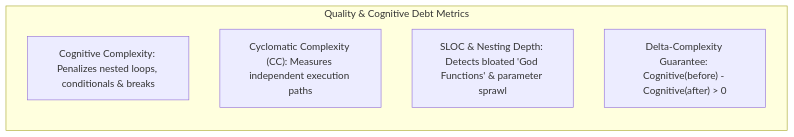
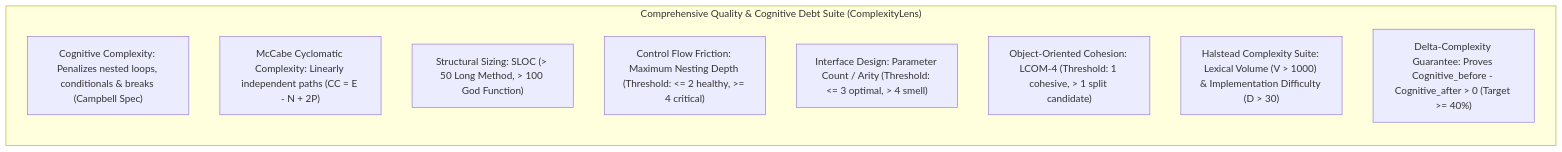
The first of 4 diagrams in 01_project_proposals/02_Competitor_Analysis_And_Datasets_Report.md (Fool-Penguin/Senior-Project), drawn with Mermaid before and after one commit. The commit also changed other lines of this file, not shown here.

````diff
--- a/01_project_proposals/02_Competitor_Analysis_And_Datasets_Report.md
+++ b/01_project_proposals/02_Competitor_Analysis_And_Datasets_Report.md
@@ -35,10 +35,14 @@
 ```mermaid
 flowchart TD
-    subgraph QualityMetrics ["Quality & Cognitive Debt Metrics"]
+    subgraph QualityMetrics ["Comprehensive Quality & Cognitive Debt Suite (ComplexityLens)"]
         direction TB
-        M1["Cognitive Complexity: Penalizes nested loops, conditionals & breaks"]
-        M2["Cyclomatic Complexity (CC): Measures independent execution paths"]
-        M3["SLOC & Nesting Depth: Detects bloated 'God Functions' & parameter sprawl"]
-        M4["Delta-Complexity Guarantee: Cognitive(before) - Cognitive(after) > 0"]
+        M1["Cognitive Complexity: Penalizes nested loops, conditionals & breaks (Campbell Spec)"]
+        M2["McCabe Cyclomatic Complexity: Linearly independent paths (CC = E - N + 2P)"]
+        M3["Structural Sizing: SLOC (> 50 Long Method, > 100 God Function)"]
+        M4["Control Flow Friction: Maximum Nesting Depth (Threshold: <= 2 healthy, >= 4 critical)"]
+        M5["Interface Design: Parameter Count / Arity (Threshold: <= 3 optimal, > 4 smell)"]
+        M6["Object-Oriented Cohesion: LCOM-4 (Threshold: 1 cohesive, > 1 split candidate)"]
+        M7["Halstead Complexity Suite: Lexical Volume (V > 1000) & Implementation Difficulty (D > 30)"]
+        M8["Delta-Complexity Guarantee: Proves Cognitive_before - Cognitive_after > 0 (Target >= 40%)"]
     end
 ```
````
